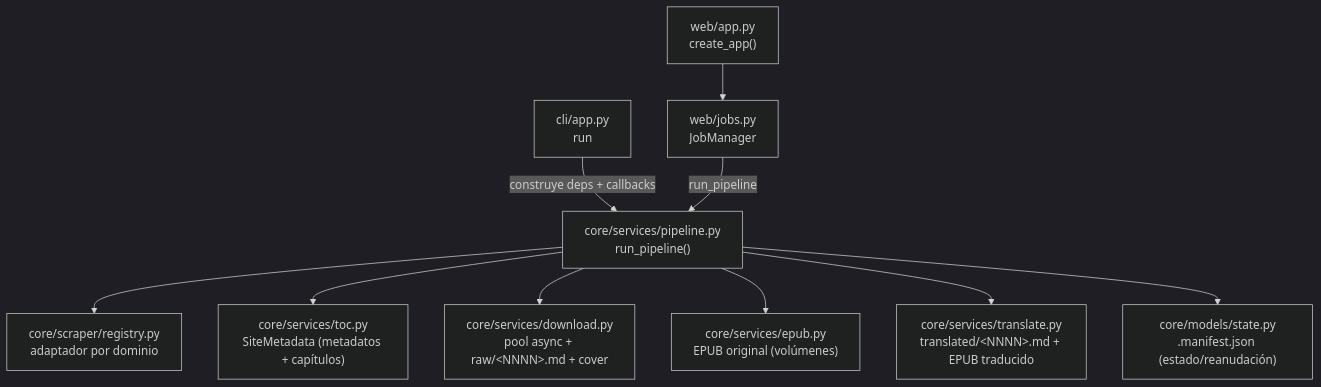
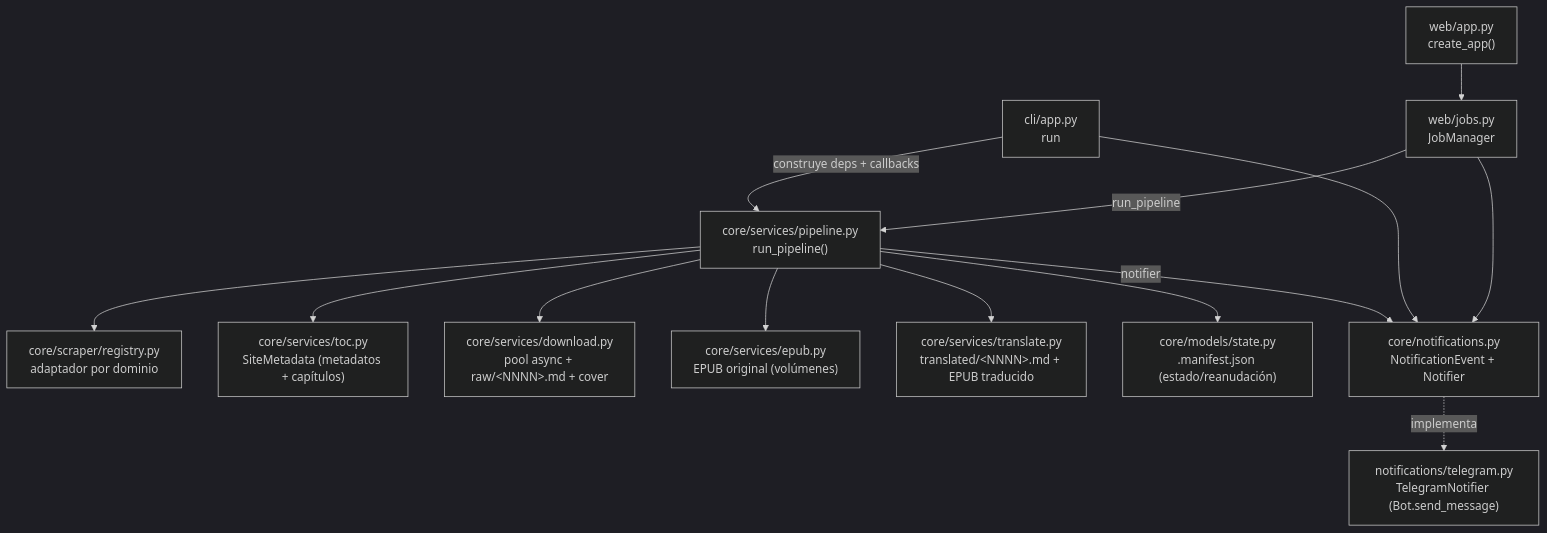
One commit to vandalieu06/translate_novels changed the first of 5 diagrams in docs/arquitectura.md. Above: the diagram before and after it, drawn with Mermaid (dark theme). The commit also changed other lines of this file and 3 other files, not shown here.

````diff
--- a/docs/arquitectura.md
+++ b/docs/arquitectura.md
@@ -58,13 +62,17 @@
 ```mermaid
 flowchart TD
     CLI["cli/app.py<br/>run"] -->|construye deps + callbacks| PIPE
     WEB["web/app.py<br/>create_app()"] --> JOBS["web/jobs.py<br/>JobManager"]
     JOBS -->|run_pipeline| PIPE
     PIPE["core/services/pipeline.py<br/>run_pipeline()"]
     PIPE --> REG["core/scraper/registry.py<br/>adaptador por dominio"]
     PIPE --> TOC["core/services/toc.py<br/>SiteMetadata (metadatos + capítulos)"]
     PIPE --> DL["core/services/download.py<br/>pool async + raw/&lt;NNNN&gt;.md + cover"]
     PIPE --> EPUB["core/services/epub.py<br/>EPUB original (volúmenes)"]
     PIPE --> TR["core/services/translate.py<br/>translated/&lt;NNNN&gt;.md + EPUB traducido"]
     PIPE --> STATE["core/models/state.py<br/>.manifest.json (estado/reanudación)"]
+    PIPE -->|notifier| NOTIF["core/notifications.py<br/>NotificationEvent + Notifier"]
+    CLI --> NOTIF
+    JOBS --> NOTIF
+    NOTIF -.->|implementa| TG["notifications/telegram.py<br/>TelegramNotifier (Bot.send_message)"]
 ```
````
